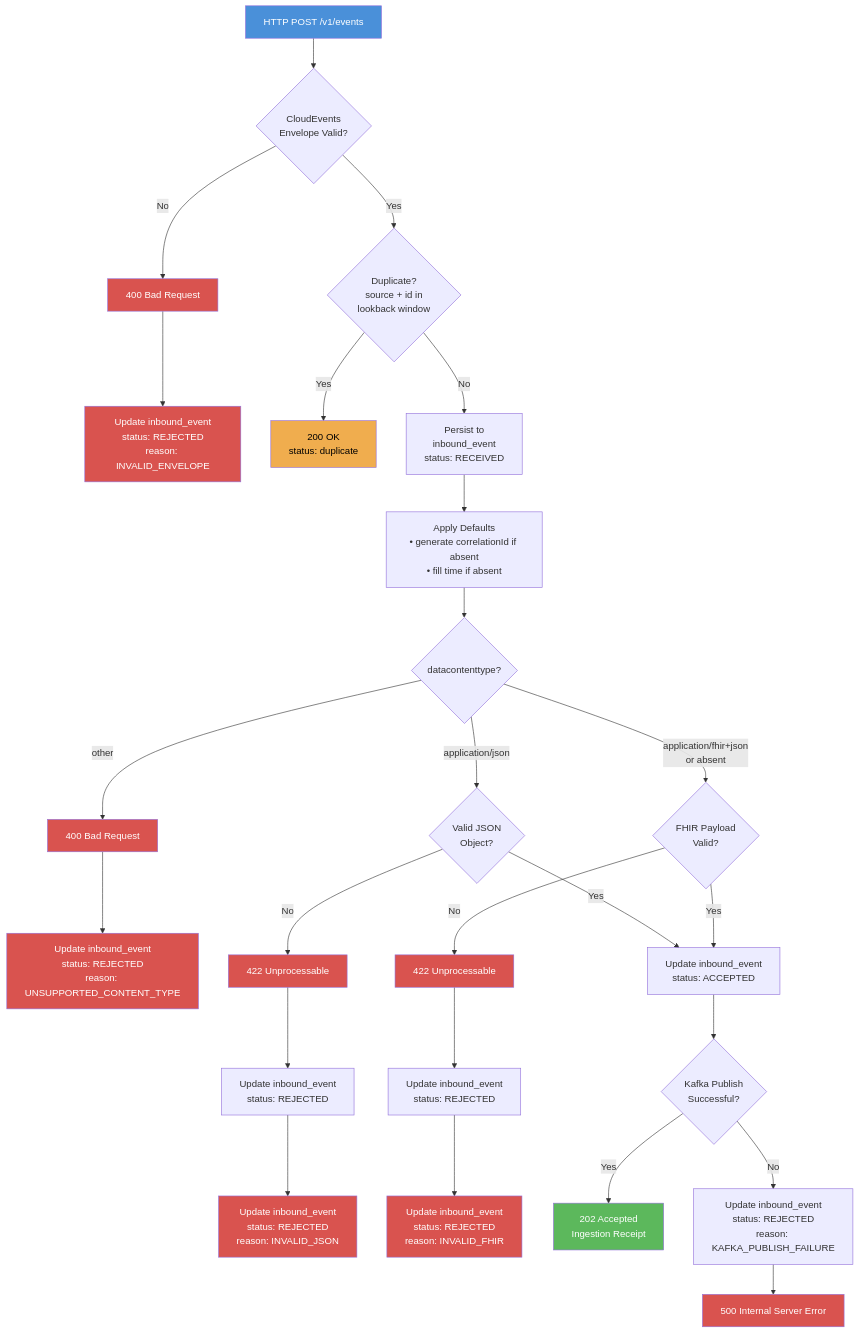
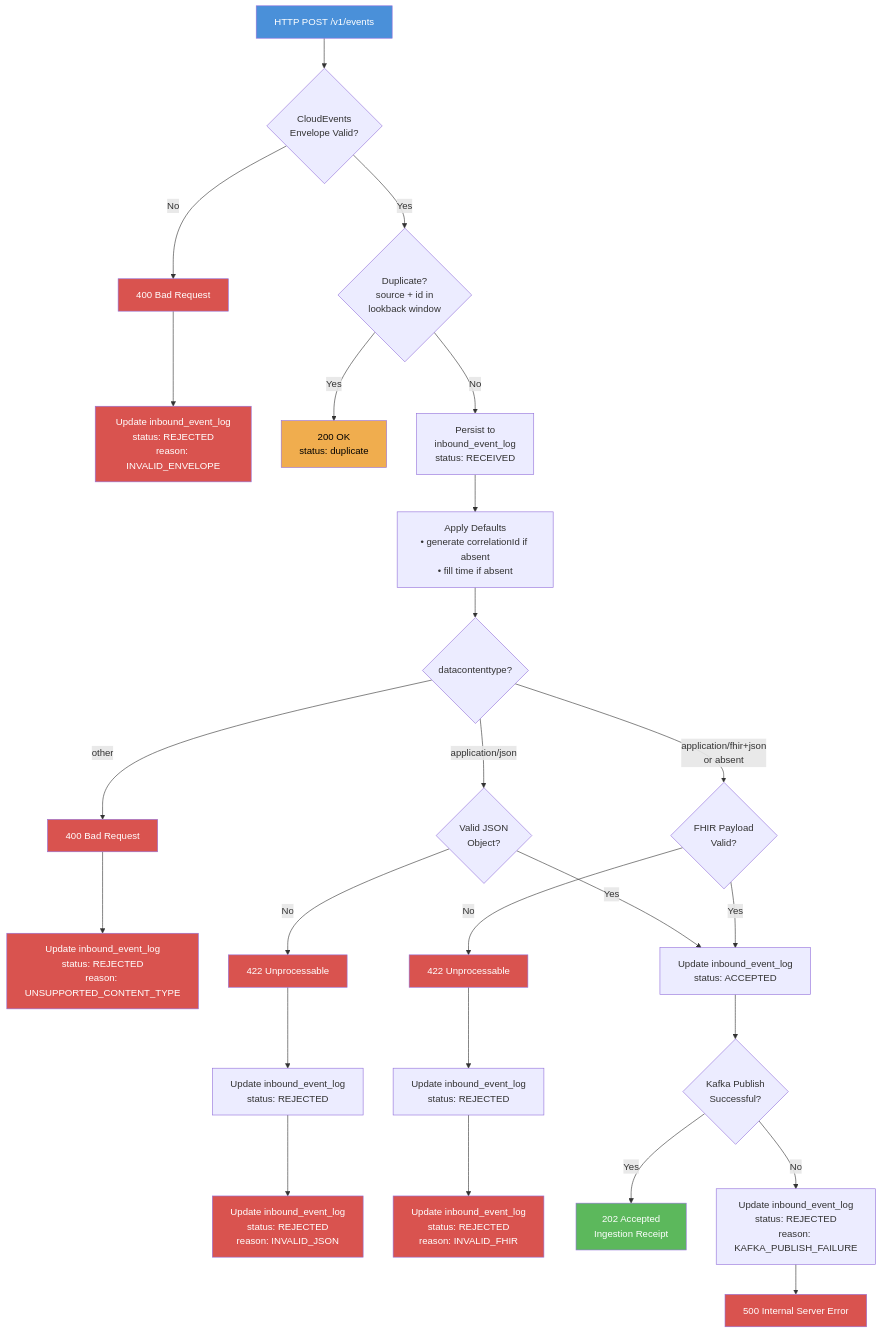
One commit to Jayaprakash8887/cce-collector-service changed the first of 7 diagrams in docs/flow-diagrams.md. Above: the diagram before and after it, drawn with Mermaid. The commit also changed other lines of this file and 8 other files, not shown here.

First line of the commit message:
Refactor inbound_event to inbound_event_log across documentation and codebase

````diff
--- a/docs/flow-diagrams.md
+++ b/docs/flow-diagrams.md
@@ -9,40 +9,40 @@
 ```mermaid
 flowchart TD
     A[HTTP POST /v1/events] --> B{CloudEvents<br/>Envelope Valid?}
     B -->|No| C[400 Bad Request]
-    C --> C1[Update inbound_event<br/>status: REJECTED<br/>reason: INVALID_ENVELOPE]
+    C --> C1[Update inbound_event_log<br/>status: REJECTED<br/>reason: INVALID_ENVELOPE]
     B -->|Yes| D{Duplicate?<br/>source + id in<br/>lookback window}
     D -->|Yes| E[200 OK<br/>status: duplicate]
-    D -->|No| F[Persist to<br/>inbound_event<br/>status: RECEIVED]
+    D -->|No| F[Persist to<br/>inbound_event_log<br/>status: RECEIVED]
     F --> G2[Apply Defaults<br/>• generate correlationId if absent<br/>• fill time if absent]
     G2 --> H0{datacontenttype?}
     H0 -->|application/fhir+json<br/>or absent| H{FHIR Payload<br/>Valid?}
     H0 -->|application/json| H3{Valid JSON<br/>Object?}
     H0 -->|other| H4[400 Bad Request]
-    H4 --> H4a[Update inbound_event<br/>status: REJECTED<br/>reason: UNSUPPORTED_CONTENT_TYPE]
+    H4 --> H4a[Update inbound_event_log<br/>status: REJECTED<br/>reason: UNSUPPORTED_CONTENT_TYPE]
     H3 -->|No| H3a[422 Unprocessable]
-    H3a --> H3b[Update inbound_event<br/>status: REJECTED]
-    H3b --> H3c[Update inbound_event<br/>status: REJECTED<br/>reason: INVALID_JSON]
-    H3 -->|Yes| J[Update inbound_event<br/>status: ACCEPTED]
+    H3a --> H3b[Update inbound_event_log<br/>status: REJECTED]
+    H3b --> H3c[Update inbound_event_log<br/>status: REJECTED<br/>reason: INVALID_JSON]
+    H3 -->|Yes| J[Update inbound_event_log<br/>status: ACCEPTED]
     H -->|No| I[422 Unprocessable]
-    I --> I1[Update inbound_event<br/>status: REJECTED]
-    I1 --> I2[Update inbound_event<br/>status: REJECTED<br/>reason: INVALID_FHIR]
-    H -->|Yes| J[Update inbound_event<br/>status: ACCEPTED]
+    I --> I1[Update inbound_event_log<br/>status: REJECTED]
+    I1 --> I2[Update inbound_event_log<br/>status: REJECTED<br/>reason: INVALID_FHIR]
+    H -->|Yes| J[Update inbound_event_log<br/>status: ACCEPTED]
     J --> K{Kafka Publish<br/>Successful?}
     K -->|Yes| L[202 Accepted<br/>Ingestion Receipt]
-    K -->|No| M[Update inbound_event<br/>status: REJECTED<br/>reason: KAFKA_PUBLISH_FAILURE]
+    K -->|No| M[Update inbound_event_log<br/>status: REJECTED<br/>reason: KAFKA_PUBLISH_FAILURE]
     M --> N[500 Internal Server Error]
 
     style A fill:#4a90d9,color:#fff
     style E fill:#f0ad4e,color:#000
     style L fill:#5cb85c,color:#fff
     style C fill:#d9534f,color:#fff
     style I fill:#d9534f,color:#fff
     style C1 fill:#d9534f,color:#fff
     style I2 fill:#d9534f,color:#fff
     style N fill:#d9534f,color:#fff
     style H4 fill:#d9534f,color:#fff
     style H4a fill:#d9534f,color:#fff
     style H3a fill:#d9534f,color:#fff
     style H3c fill:#d9534f,color:#fff
 ```
````
